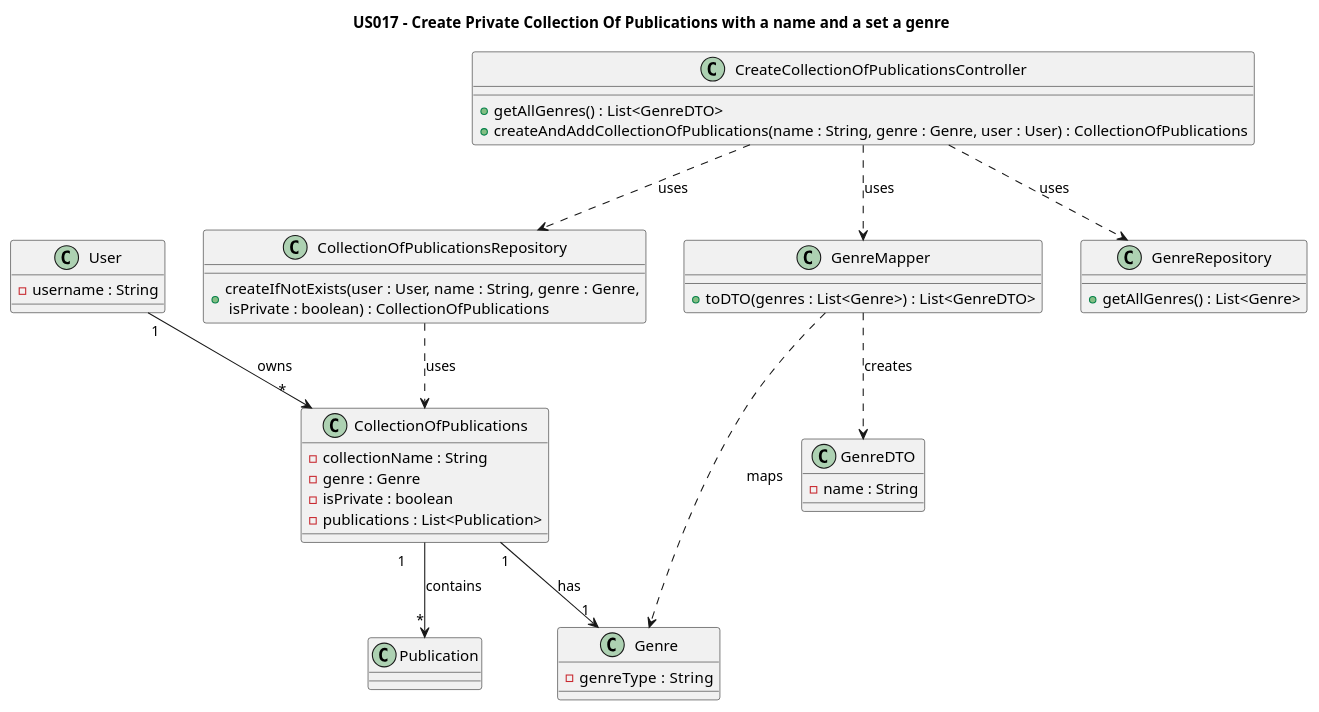
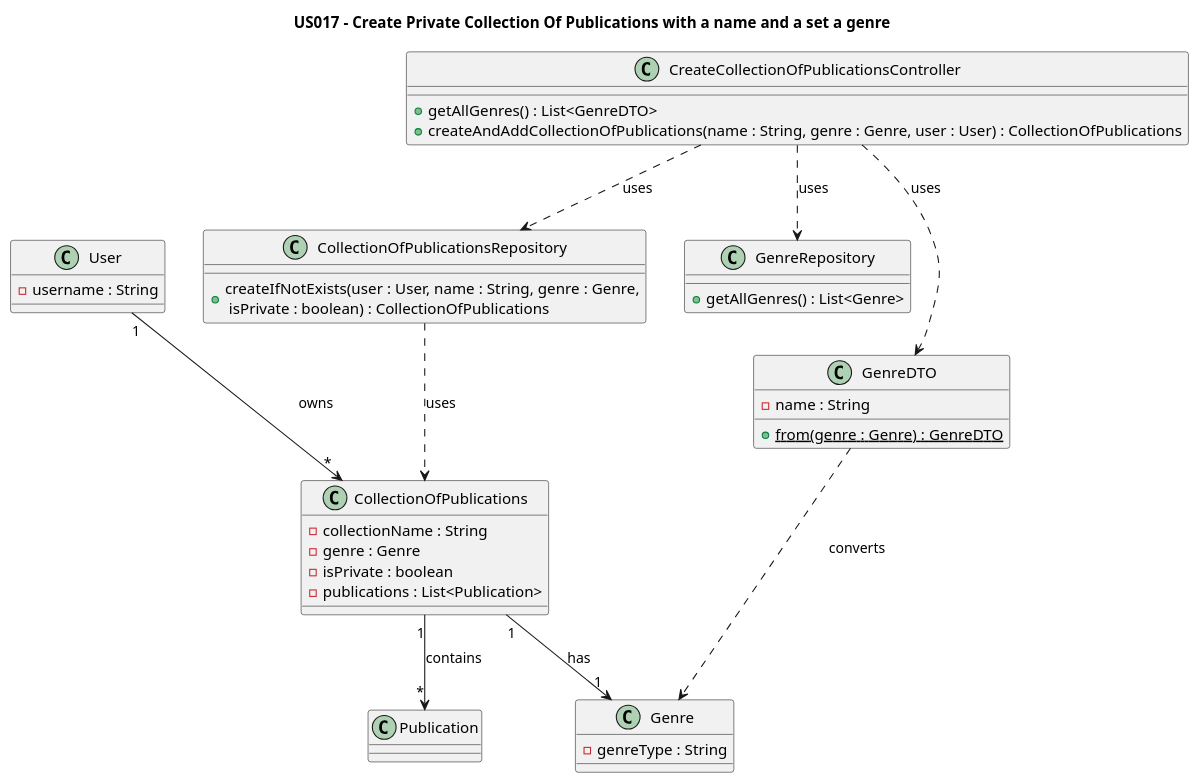
Before and after one commit to AndrePereiraGitH/SWitCH-Project-Team_A: the diagram in Diagrams/ClassDiagrams/US017-to-create-private-publication-list.puml, drawn with PlantUML. The commit also changed 1 other file, not shown here.

Commit message:
Working on #143, updated SD and CD to reflect new design (removed GenreMapper, GenreDTO now holds conversion logic)

```diff
--- a/Diagrams/ClassDiagrams/US017-to-create-private-publication-list.puml
+++ b/Diagrams/ClassDiagrams/US017-to-create-private-publication-list.puml
@@ -1,75 +1,67 @@
 @startuml
 title US017 - Create Private Collection Of Publications with a name and a set a genre
 
 
 ' _____________________
 ' DOMAIN
 ' _____________________
 
 class User {
-  -username : String
+  - username : String
 }
 
 class Genre {
-    - genreType  : String
+  - genreType : String
 }
-
 
 class CollectionOfPublications {
   - collectionName : String
   - genre : Genre
   - isPrivate : boolean
   - publications : List<Publication>
 }
 
 class Publication {
 }
 
-User "1" --> " *   " CollectionOfPublications : owns
+User "1" --> "*" CollectionOfPublications : owns
 CollectionOfPublications "1" --> "1" Genre : has
-CollectionOfPublications "1     " --> "*" Publication : contains
+CollectionOfPublications "1" --> "*" Publication : contains
 
 ' ______________________
 ' APPLICATION
 ' ______________________
 
 class CreateCollectionOfPublicationsController {
-  +getAllGenres() : List<GenreDTO>
-  +createAndAddCollectionOfPublications(name : String, genre : Genre, user : User) : CollectionOfPublications
-}
-
-class GenreMapper {
-  +toDTO(genres : List<Genre>) : List<GenreDTO>
+  + getAllGenres() : List<GenreDTO>
+  + createAndAddCollectionOfPublications(name : String, genre : Genre, user : User) : CollectionOfPublications
 }
 
 class GenreDTO {
-   - name : String
+  - name : String
+  + {static} from(genre : Genre) : GenreDTO
 }
 
 ' ___________________
 ' PERSISTENCE
 ' ___________________
 
 class GenreRepository {
-  +getAllGenres() : List<Genre>
+  + getAllGenres() : List<Genre>
 }
 
 class CollectionOfPublicationsRepository {
   + createIfNotExists(user : User, name : String, genre : Genre,\n isPrivate : boolean) : CollectionOfPublications
 }
 
 ' _____________________
 ' DEPENDENCIES
 ' ____________________
 
 CreateCollectionOfPublicationsController ..> GenreRepository : uses
-CreateCollectionOfPublicationsController ..> GenreMapper : uses
+CreateCollectionOfPublicationsController ..> GenreDTO : uses
 CreateCollectionOfPublicationsController ..> CollectionOfPublicationsRepository : uses
 CollectionOfPublicationsRepository ..> CollectionOfPublications : uses
-
-GenreMapper ..> Genre : maps
-GenreMapper ..> GenreDTO : creates
-
-
+GenreDTO ..> Genre : converts
 
 @enduml
```
